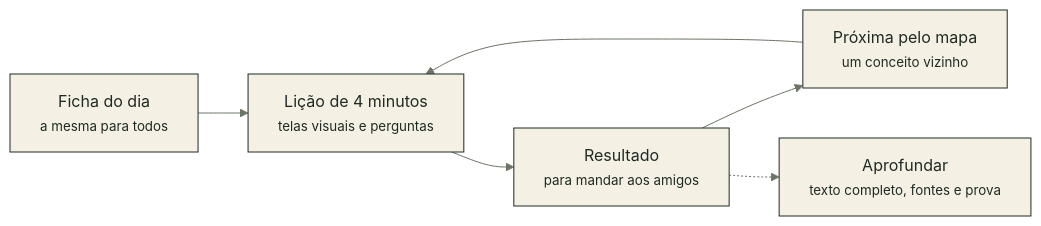
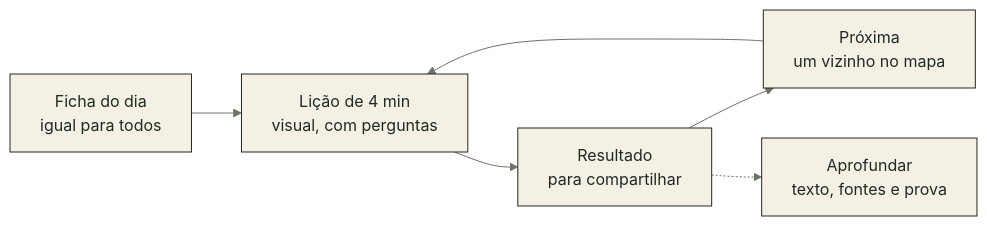
The first of 2 diagrams in README.md (MarcosToquetao/Novos-Conhecimentos), drawn with Mermaid before and after one commit. The commit also changed other lines of this file, not shown here.

Commit message:
README: rótulos dos diagramas sem corte no GitHub

````diff
--- a/README.md
+++ b/README.md
@@ -18,9 +18,9 @@
 ```mermaid
 %%{init: {'theme':'base','themeVariables':{'primaryColor':'#F4F1E4','primaryTextColor':'#1E2A24','primaryBorderColor':'#1E2A24','lineColor':'#6B7466','fontFamily':'Georgia, serif'}}}%%
 flowchart LR
-    A["Ficha do dia<br/><small>a mesma para todos</small>"] --> B["Lição de 4 minutos<br/><small>telas visuais e perguntas</small>"]
-    B --> C["Resultado<br/><small>para mandar aos amigos</small>"]
-    C --> D["Próxima pelo mapa<br/><small>um conceito vizinho</small>"]
+    A["Ficha do dia<br/>igual para todos"] --> B["Lição de 4 min<br/>visual, com perguntas"]
+    B --> C["Resultado<br/>para compartilhar"]
+    C --> D["Próxima<br/>um vizinho no mapa"]
     D --> B
-    C -.-> E["Aprofundar<br/><small>texto completo, fontes e prova</small>"]
+    C -.-> E["Aprofundar<br/>texto, fontes e prova"]
 ```
````
